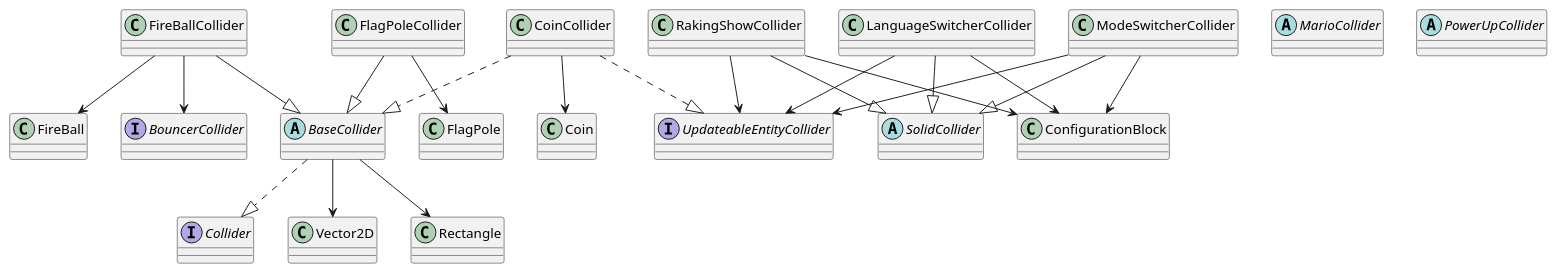
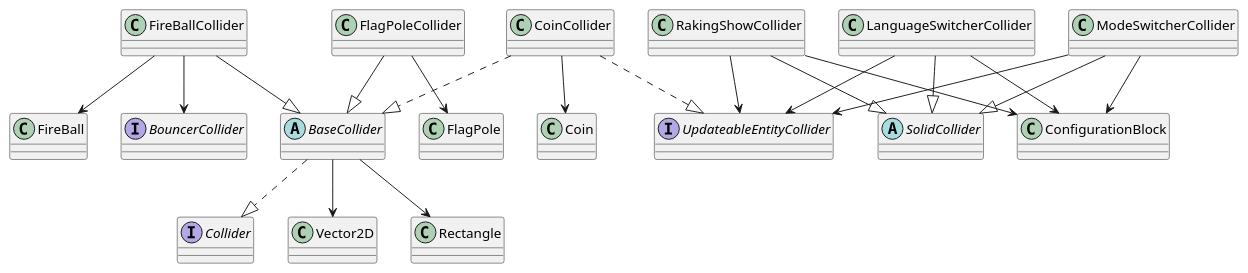
The diagram in Diagramas/diagramas/Reducido parcial/Colliders/Colliders.puml (giuli635/SuperMarioBros), drawn with PlantUML before and after one commit. The commit also changed 24 other files, not shown here.

Commit message:
pequeña revisión del diagrama reducido

```diff
--- a/Diagramas/diagramas/Reducido parcial/Colliders/Colliders.puml
+++ b/Diagramas/diagramas/Reducido parcial/Colliders/Colliders.puml
@@ -1,39 +1,37 @@
 @startuml Colliders
-
-interface Collider
-interface UpdateableEntityCollider
-interface BouncerCollider
 
 abstract BaseCollider
 abstract SolidCollider
-abstract MarioCollider
-abstract PowerUpCollider
+
+interface Collider
+interface BouncerCollider
+interface UpdateableEntityCollider
 
 BaseCollider ..|> Collider
 BaseCollider --> Vector2D
 BaseCollider --> Rectangle
 
 CoinCollider ..|> BaseCollider
 CoinCollider ..|> UpdateableEntityCollider
 CoinCollider --> Coin
 
 FireBallCollider --|> BaseCollider
 FireBallCollider --> BouncerCollider
 FireBallCollider --> FireBall
 
 FlagPoleCollider --|> BaseCollider
 FlagPoleCollider --> FlagPole
 
 LanguageSwitcherCollider --|> SolidCollider
 LanguageSwitcherCollider --> UpdateableEntityCollider
 LanguageSwitcherCollider --> ConfigurationBlock
 
 ModeSwitcherCollider --|> SolidCollider
 ModeSwitcherCollider --> UpdateableEntityCollider
 ModeSwitcherCollider --> ConfigurationBlock
 
 RakingShowCollider --|> SolidCollider
 RakingShowCollider --> UpdateableEntityCollider
 RakingShowCollider --> ConfigurationBlock
 
 @enduml
```
